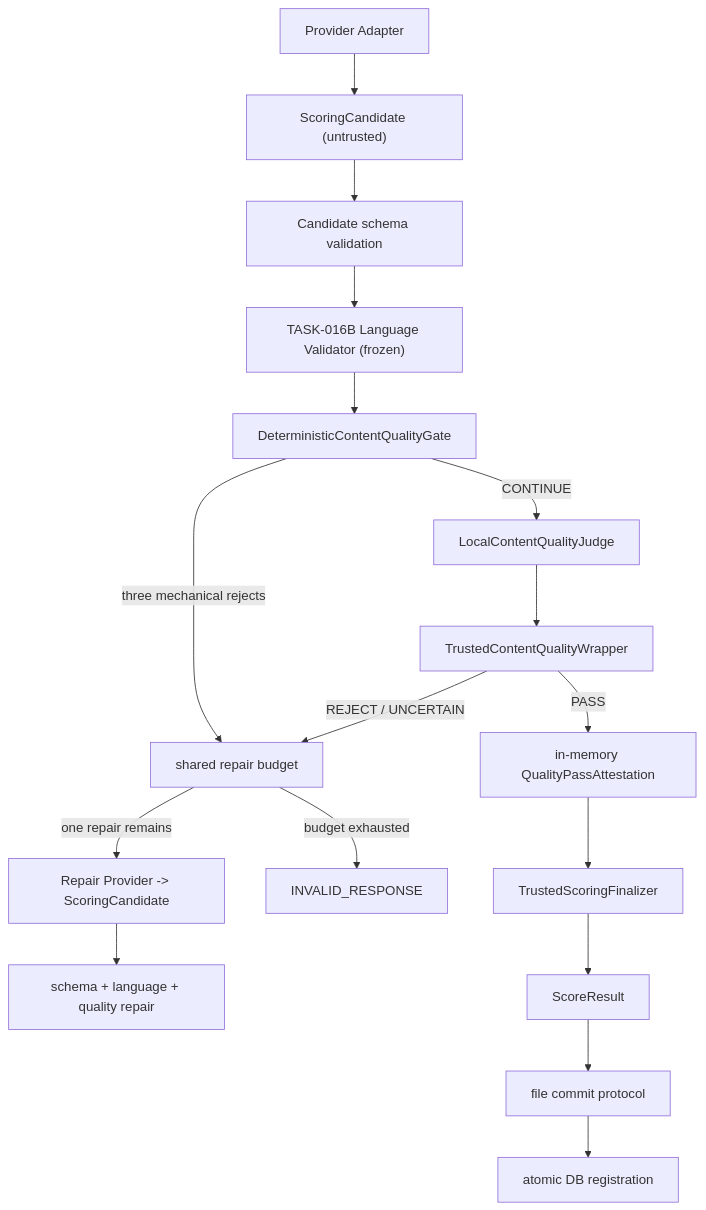
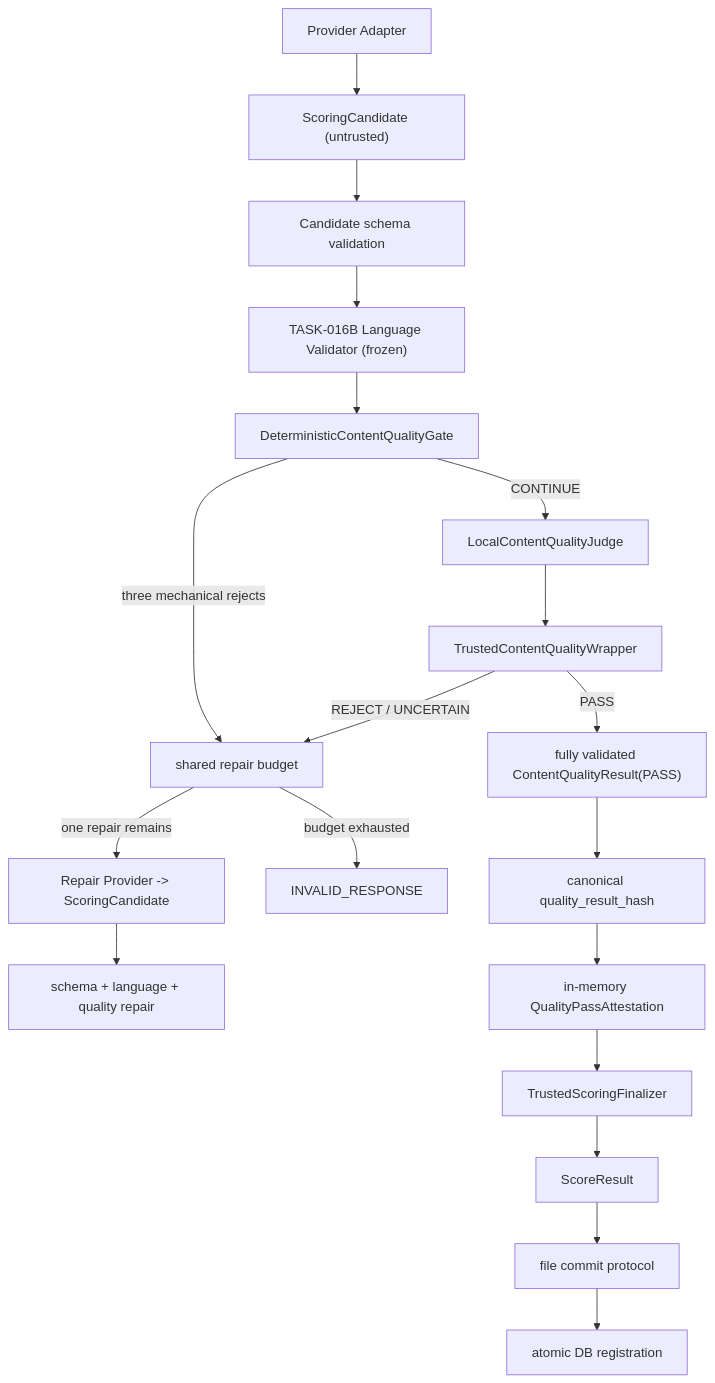
The diagram in docs/TASK-016C-CONTENT-QUALITY-INTERFACE-DESIGN.md (huangbuqubunao-alt/intelligence), drawn with Mermaid before and after one commit. The commit also changed other lines of this file and 2 other files, not shown here.

Commit message:
docs: bind task 016c quality decision identity

````diff
--- a/docs/TASK-016C-CONTENT-QUALITY-INTERFACE-DESIGN.md
+++ b/docs/TASK-016C-CONTENT-QUALITY-INTERFACE-DESIGN.md
@@ -25,19 +25,21 @@
 ```mermaid
 flowchart TD
     A["Provider Adapter"] --> B["ScoringCandidate (untrusted)"]
     B --> C["Candidate schema validation"]
     C --> D["TASK-016B Language Validator (frozen)"]
     D --> E["DeterministicContentQualityGate"]
     E -->|"three mechanical rejects"| R["shared repair budget"]
     E -->|"CONTINUE"| J["LocalContentQualityJudge"]
     J --> W["TrustedContentQualityWrapper"]
     W -->|"REJECT / UNCERTAIN"| R
-    W -->|"PASS"| T["in-memory QualityPassAttestation"]
+    W -->|"PASS"| V["fully validated ContentQualityResult(PASS)"]
+    V --> H["canonical quality_result_hash"]
+    H --> T["in-memory QualityPassAttestation"]
     R -->|"one repair remains"| B2["Repair Provider -> ScoringCandidate"]
     B2 --> C2["schema + language + quality repair"]
     R -->|"budget exhausted"| X["INVALID_RESPONSE"]
     T --> F["TrustedScoringFinalizer"]
     F --> S["ScoreResult"]
     S --> P["file commit protocol"]
     P --> Q["atomic DB registration"]
 ```
````
